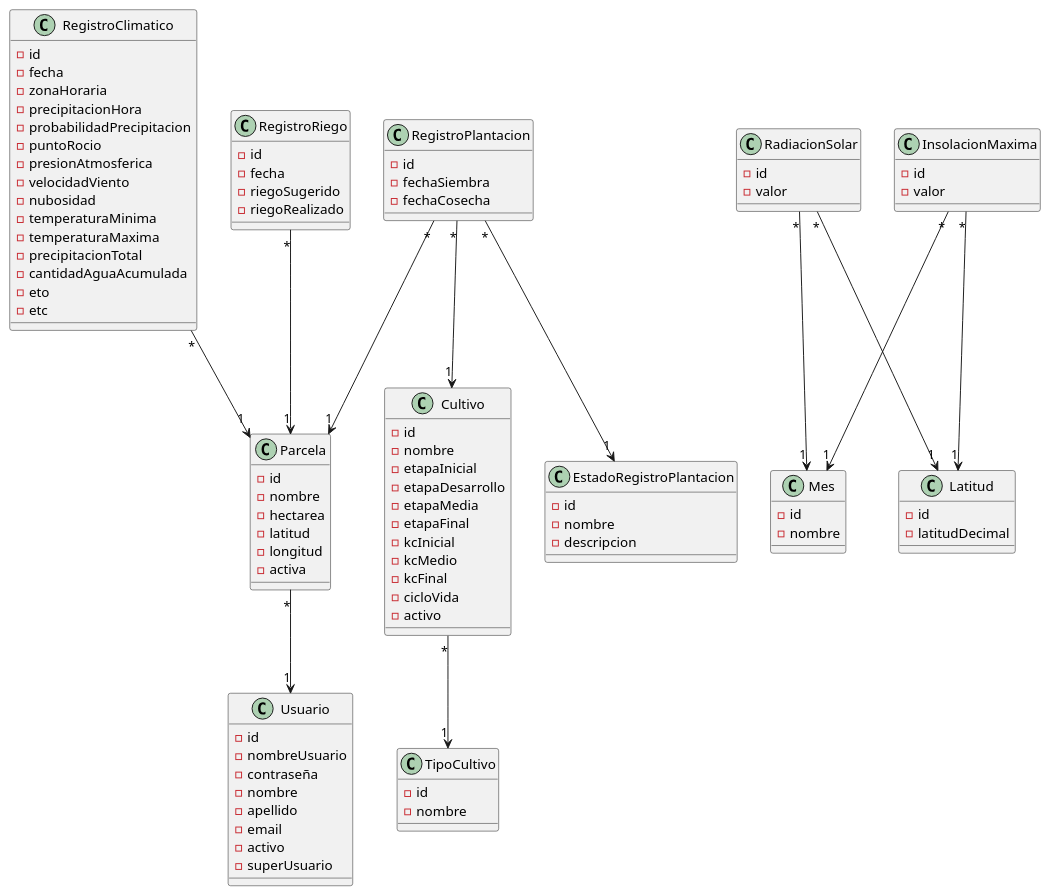
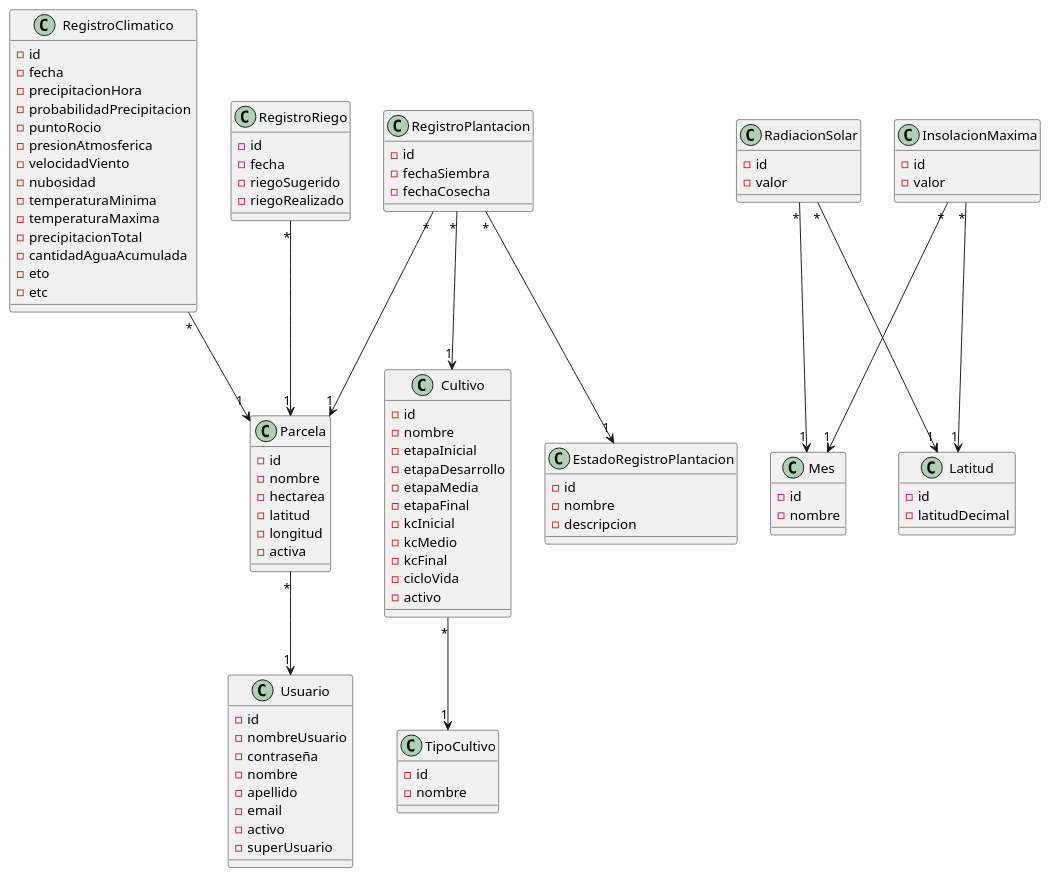
One commit to facundopaez-dev/sistema-web-riego changed the diagram in domain model/Modelo de dominio.pu. Above: the diagram before and after it, drawn with PlantUML. The commit also changed 5 other files, not shown here.

```diff
--- a/domain model/Modelo de dominio.pu
+++ b/domain model/Modelo de dominio.pu
@@ -1,111 +1,110 @@
 @startuml
 
 Parcela "*"-->"1" Usuario
 RegistroClimatico "*"-->"1" Parcela
 RegistroRiego "*"-->"1" Parcela
 RegistroPlantacion "*"-->"1" Parcela
 RegistroPlantacion "*"-->"1" Cultivo
 RegistroPlantacion "*"-->"1" EstadoRegistroPlantacion
 RadiacionSolar "*"-->"1" Mes
 RadiacionSolar "*"-->"1" Latitud
 InsolacionMaxima "*"-->"1" Mes
 InsolacionMaxima "*"-->"1" Latitud
 Cultivo "*"-->"1" TipoCultivo
 
 class Parcela {
 -id
 -nombre
 -hectarea
 -latitud
 -longitud
 -activa
 }
 
 class Cultivo {
 -id
 -nombre
 -etapaInicial
 -etapaDesarrollo
 -etapaMedia
 -etapaFinal
 -kcInicial
 -kcMedio
 -kcFinal
 -cicloVida
 -activo
 }
 
 class TipoCultivo {
 -id
 -nombre
 }
 
 class RegistroClimatico {
 -id
 -fecha
--zonaHoraria
 -precipitacionHora
 -probabilidadPrecipitacion
 -puntoRocio
 -presionAtmosferica
 -velocidadViento
 -nubosidad
 -temperaturaMinima
 -temperaturaMaxima
 -precipitacionTotal
 -cantidadAguaAcumulada
 -eto
 -etc
 }
 
 class RegistroPlantacion {
 -id
 -fechaSiembra
 -fechaCosecha
 }
 
 class RegistroRiego {
 -id
 -fecha
 -riegoSugerido
 -riegoRealizado
 }
 
 class Usuario {
 -id
 -nombreUsuario
 -contraseña
 -nombre
 -apellido
 -email
 -activo
 -superUsuario
 }
 
 class EstadoRegistroPlantacion {
 -id
 -nombre
 -descripcion
 }
 
 class Mes {
 -id
 -nombre
 }
 
 class Latitud {
 -id
 -latitudDecimal
 }
 
 class RadiacionSolar {
 -id
 -valor
 }
 
 class InsolacionMaxima {
 -id
 -valor
 }
 
 @enduml
```
